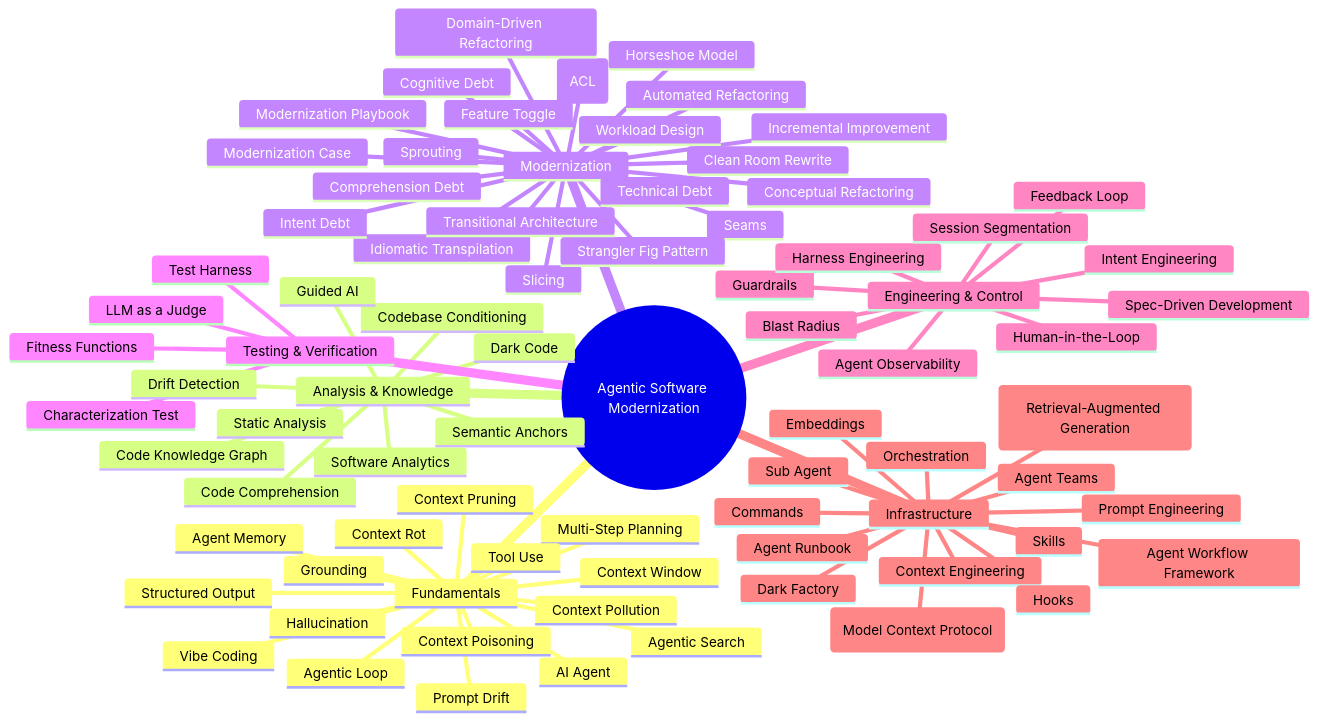
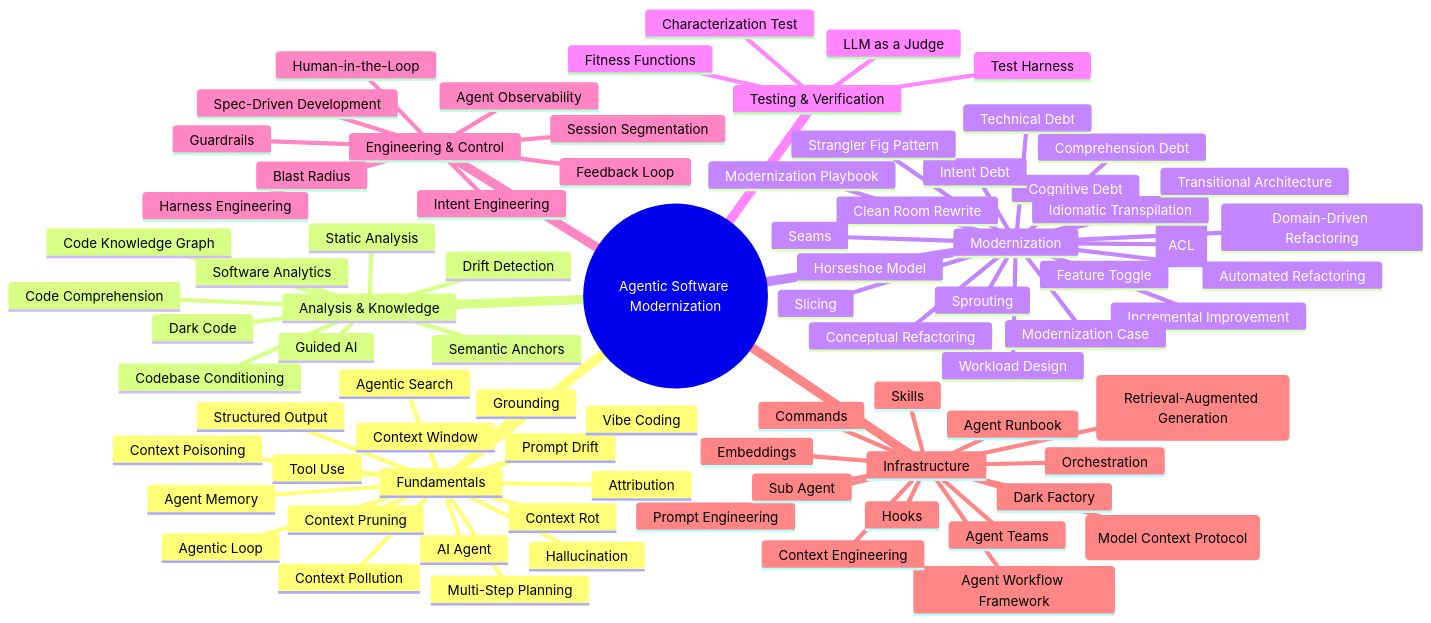
One commit to feststelltaste/asm-glossary changed the sixth of 6 diagrams in docs/concept-maps.md. Above: the diagram before and after it, drawn with Mermaid. The commit also changed 9 other files, not shown here.

```diff
--- a/docs/concept-maps.md
+++ b/docs/concept-maps.md
@@ -187,6 +187,7 @@
       Agent Memory
       Agentic Loop
       Agentic Search
+      Attribution
       Context Poisoning
       Context Pollution
       Context Pruning
```
